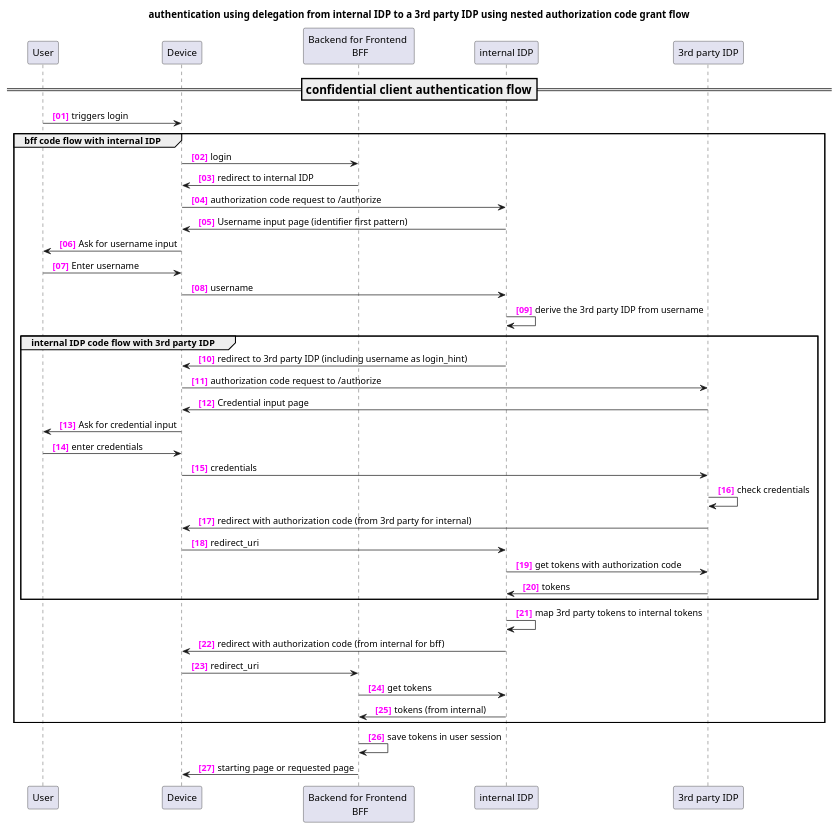
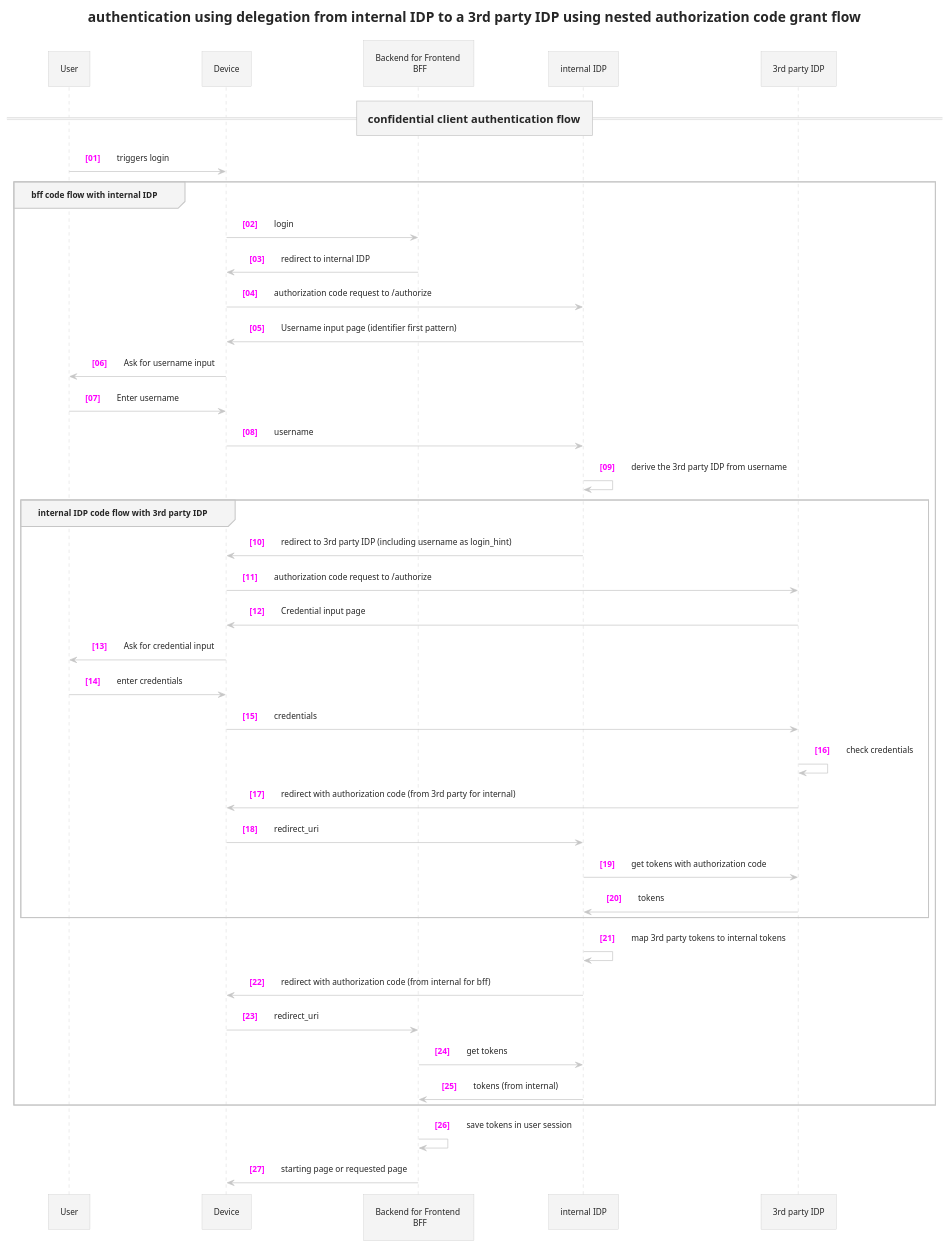
The diagram in diagrams/authentication.puml (wschaef/architecture-kata-2023), drawn with PlantUML before and after one commit.

Commit message:
style:added style to sequence diagrams

```diff
--- a/diagrams/authentication.puml
+++ b/diagrams/authentication.puml
@@ -1,47 +1,48 @@
 @startuml
+!theme carbon-gray
 autonumber "<font color=magenta> <b> [00]"
 
 title authentication using delegation from internal IDP to a 3rd party IDP using nested authorization code grant flow
 
 participant User as user
 participant Device as device
 participant "Backend for Frontend \n BFF" as bff
 participant "internal IDP" as IDP1
 participant "3rd party IDP" as IDP2
 
 
 === confidential client authentication flow ==
 
 user -> device: triggers login 
 group bff code flow with internal IDP
     device -> bff: login
     device <- bff: redirect to internal IDP
     device -> IDP1:  authorization code request to /authorize
     device <- IDP1: Username input page (identifier first pattern)
     user <- device: Ask for username input
     user -> device: Enter username
     device -> IDP1: username
     IDP1 -> IDP1: derive the 3rd party IDP from username
     group internal IDP code flow with 3rd party IDP
         device <- IDP1: redirect to 3rd party IDP (including username as login_hint)
         device -> IDP2: authorization code request to /authorize
         device <- IDP2: Credential input page
         user <- device: Ask for credential input
         user -> device: enter credentials
         device -> IDP2: credentials
         IDP2 -> IDP2: check credentials
         device <- IDP2: redirect with authorization code (from 3rd party for internal)
         device -> IDP1: redirect_uri
         IDP1 -> IDP2: get tokens with authorization code
         IDP1 <- IDP2: tokens
     end group
     IDP1 -> IDP1: map 3rd party tokens to internal tokens
     device <- IDP1: redirect with authorization code (from internal for bff)
     device -> bff: redirect_uri
     bff -> IDP1: get tokens
     bff <- IDP1: tokens (from internal)
 end group
 bff -> bff: save tokens in user session
 bff -> device: starting page or requested page
 
 @enduml
```
